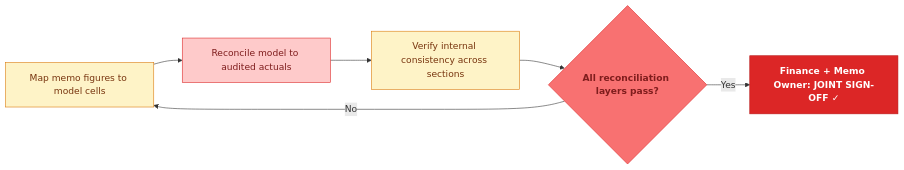
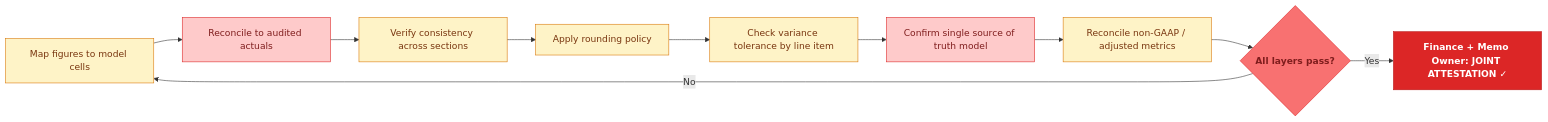
The eighth of 17 diagrams in README.md (mrchanpark/IC-Memo-Flow-Chart-V2), drawn with Mermaid before and after one commit. The commit also changed other lines of this file and 2 other files, not shown here.

````diff
--- a/README.md
+++ b/README.md
@@ -200,12 +212,16 @@
 ```mermaid
 flowchart LR
-  A["Map memo figures to model cells"]:::yel --> B["Reconcile model to audited actuals"]:::red
-  B --> C["Verify internal consistency across sections"]:::yel
-  C --> D{"All reconciliation layers pass?"}:::redD
+  A["Map figures to model cells"]:::yel --> B["Reconcile to audited actuals"]:::red
+  B --> C["Verify consistency across sections"]:::yel
+  C --> R["Apply rounding policy"]:::yel
+  R --> V["Check variance tolerance by line item"]:::yel
+  V --> S["Confirm single source of truth model"]:::red
+  S --> N["Reconcile non-GAAP / adjusted metrics"]:::yel
+  N --> D{"All layers pass?"}:::redD
   D -- No --> A
-  D -- Yes --> E["Finance + Memo Owner: JOINT SIGN-OFF ✓"]:::redM
+  D -- Yes --> E["Finance + Memo Owner: JOINT ATTESTATION ✓"]:::redM
   classDef red fill:#fecaca,stroke:#dc2626,color:#7f1d1d
   classDef yel fill:#fef3c7,stroke:#d97706,color:#78350f
   classDef redD fill:#f87171,stroke:#dc2626,color:#7f1d1d,font-weight:700
   classDef redM fill:#dc2626,stroke:#b91c1c,color:#fff,font-weight:700
 ```
````
